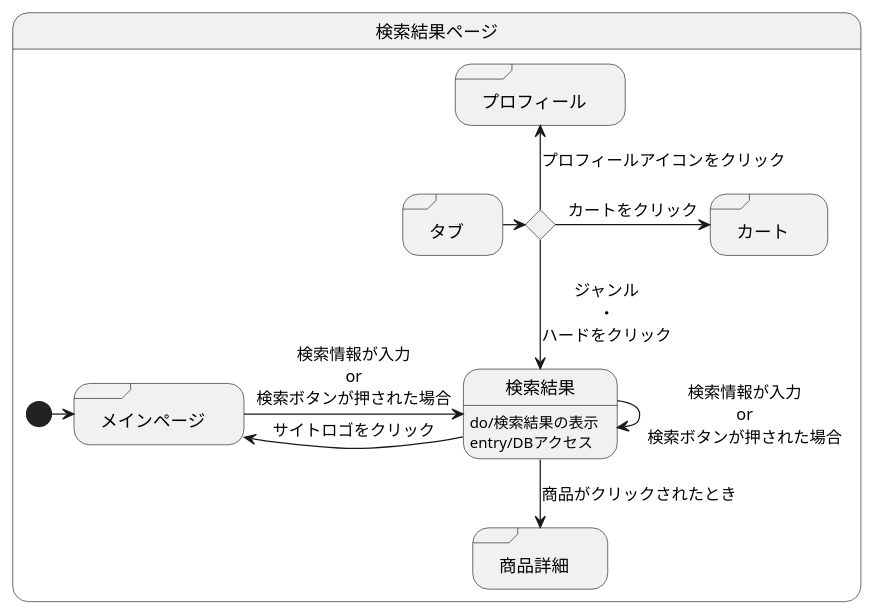
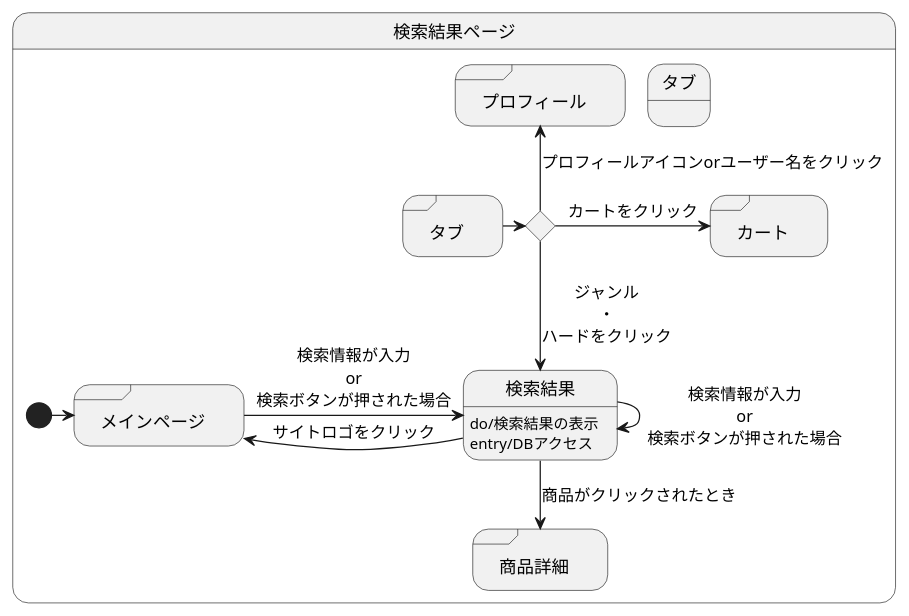
Before and after one commit to akutori/T-D-E: the diagram in 検索結果.md, drawn with PlantUML.

Commit message:
タブをグループ化

````diff
--- a/検索結果.md
+++ b/検索結果.md
@@ -1,29 +1,30 @@
 ```uml
 @startuml
 state 検索結果ページ{
 
     state ifinput <<choice>>
     state 検索結果:do/検索結果の表示
     state 検索結果:entry/DBアクセス
     state "商品詳細" as goodsdetail <<sdlreceive>>
     state "メインページ" as mainpage <<sdlreceive>>
     state "タブ" as tab <<sdlreceive>>
     state "カート" as cart <<sdlreceive>>
     state "プロフィール" as profile <<sdlreceive>>
+
     [*] -> mainpage
     mainpage -> 検索結果 :検索情報が入力\nor\n検索ボタンが押された場合
     検索結果 --> goodsdetail :商品がクリックされたとき
     検索結果 --> 検索結果 :検索情報が入力\nor\n検索ボタンが押された場合
     検索結果 -left-> mainpage :サイトロゴをクリック
 
-
-    tab -> ifinput 
-    ifinput --> 検索結果 :ジャンル\n・\nハードをクリック
-    ifinput -> cart :カートをクリック
-    ifinput -up-> profile :プロフィールアイコンをクリック
-
+    state タブ{
+        tab -> ifinput 
+        ifinput --> 検索結果 :ジャンル\n・\nハードをクリック
+        ifinput -> cart :カートをクリック
+        ifinput -up-> profile :プロフィールアイコンorユーザー名をクリック
+    }
 
 }
 
 @enduml
 ```
````
